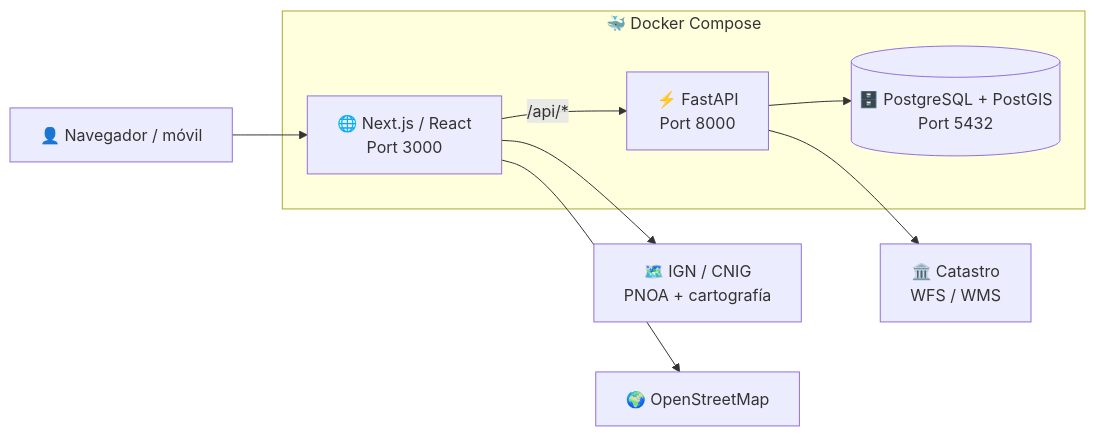
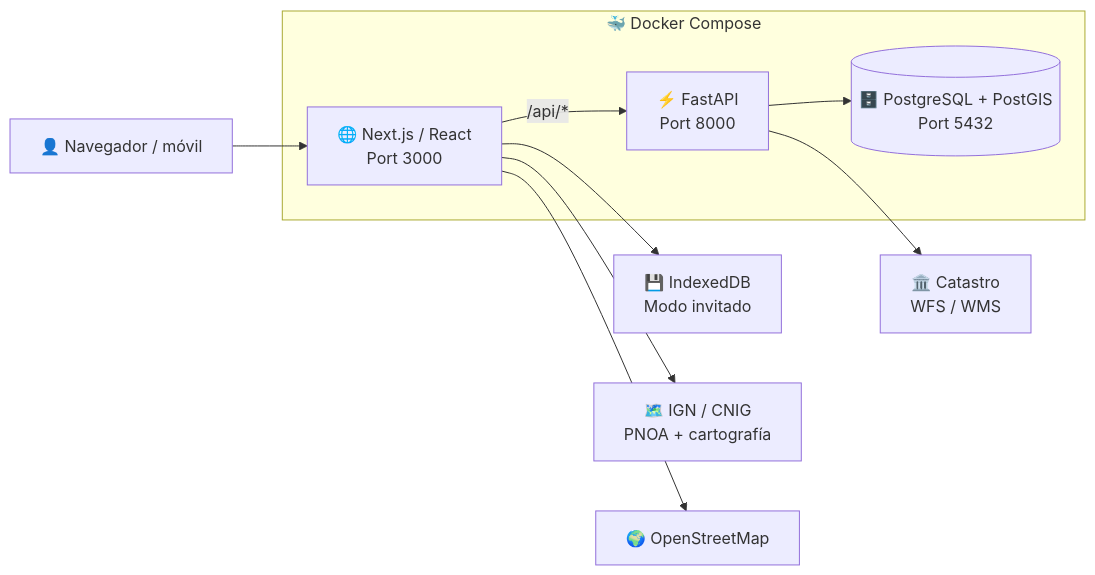
The diagram in README.md (FonsiFernandez/Catastro-Digital), drawn with Mermaid before and after one commit. The commit also changed other lines of this file, not shown here.

````diff
--- a/README.md
+++ b/README.md
@@ -346,21 +401,23 @@
 ```mermaid
 flowchart LR
     U["👤 Navegador / móvil"]
 
     subgraph Docker["🐳 Docker Compose"]
         W["🌐 Next.js / React<br/>Port 3000"]
         A["⚡ FastAPI<br/>Port 8000"]
         D[("🗄️ PostgreSQL + PostGIS<br/>Port 5432")]
     end
 
+    L["💾 IndexedDB<br/>Modo invitado"]
     C["🏛️ Catastro<br/>WFS / WMS"]
     I["🗺️ IGN / CNIG<br/>PNOA + cartografía"]
     O["🌍 OpenStreetMap"]
 
     U --> W
+    W --> L
     W -->|/api/*| A
     A --> D
     A --> C
     W --> I
     W --> O
 ```
````
